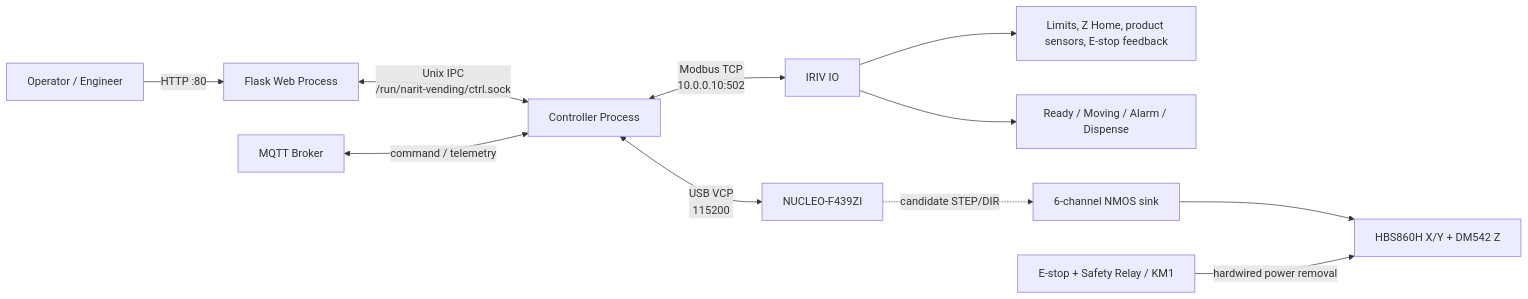
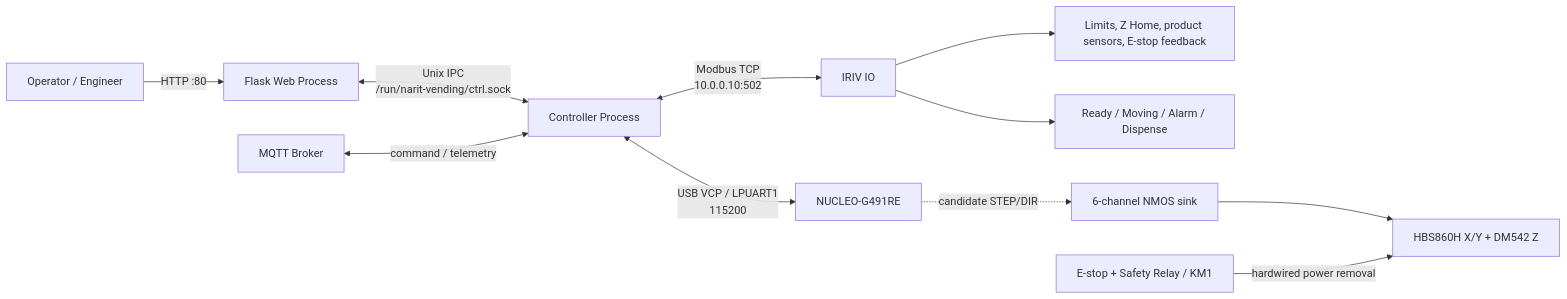
Before and after one commit to prongnaruebest/NaritVendingMachine: the first of 2 diagrams in docs/ARCHITECTURE_TH.md, drawn with Mermaid. The commit also changed other lines of this file and 116 other files, not shown here.

````diff
--- a/docs/ARCHITECTURE_TH.md
+++ b/docs/ARCHITECTURE_TH.md
@@ -28,13 +28,13 @@
 ```mermaid
 flowchart LR
     OP["Operator / Engineer"] -->|"HTTP :80"| WEB["Flask Web Process"]
     WEB <-->|"Unix IPC\n/run/narit-vending/ctrl.sock"| CTRL["Controller Process"]
     MQTT["MQTT Broker"] <-->|"command / telemetry"| CTRL
     CTRL <-->|"Modbus TCP\n10.0.0.10:502"| RIO["IRIV IO"]
-    CTRL <-->|"USB VCP\n115200"| NUC["NUCLEO-F439ZI"]
+    CTRL <-->|"USB VCP / LPUART1\n115200"| NUC["NUCLEO-G491RE"]
     RIO --> SENSOR["Limits, Z Home, product sensors, E-stop feedback"]
     RIO --> AUX["Ready / Moving / Alarm / Dispense"]
     NUC -. "candidate STEP/DIR" .-> NMOS["6-channel NMOS sink"]
     NMOS --> DRV["HBS860H X/Y + DM542 Z"]
     SAFE["E-stop + Safety Relay / KM1"] -->|"hardwired power removal"| DRV
 ```
````
